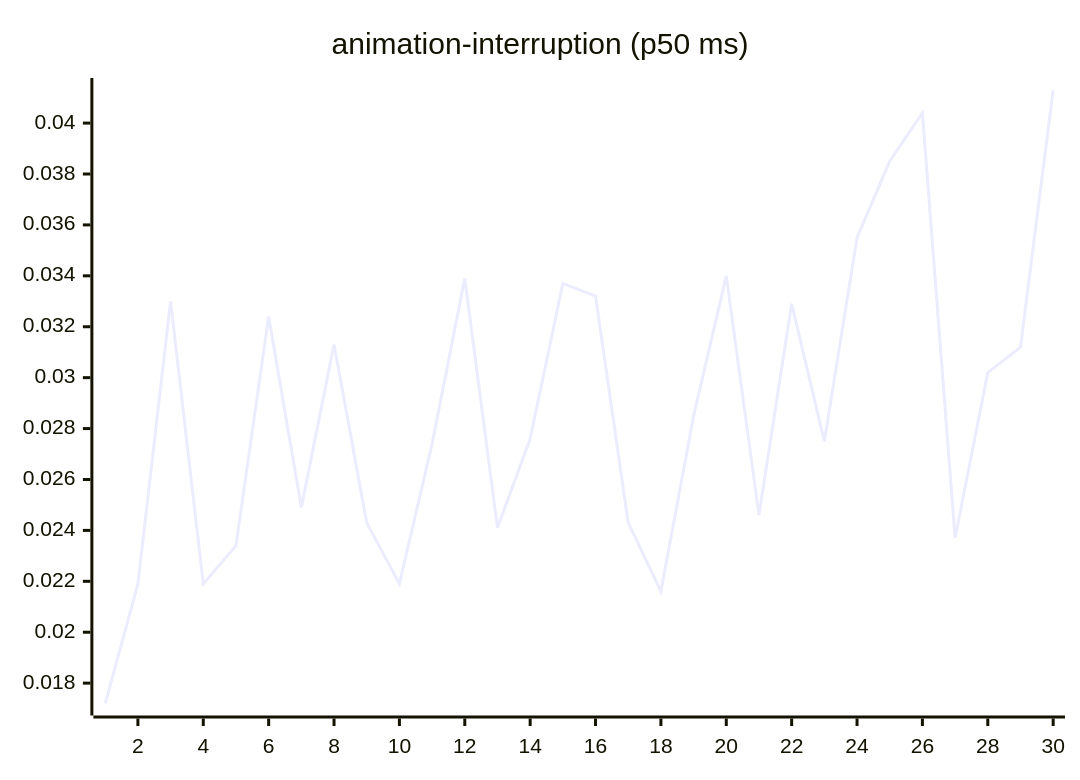
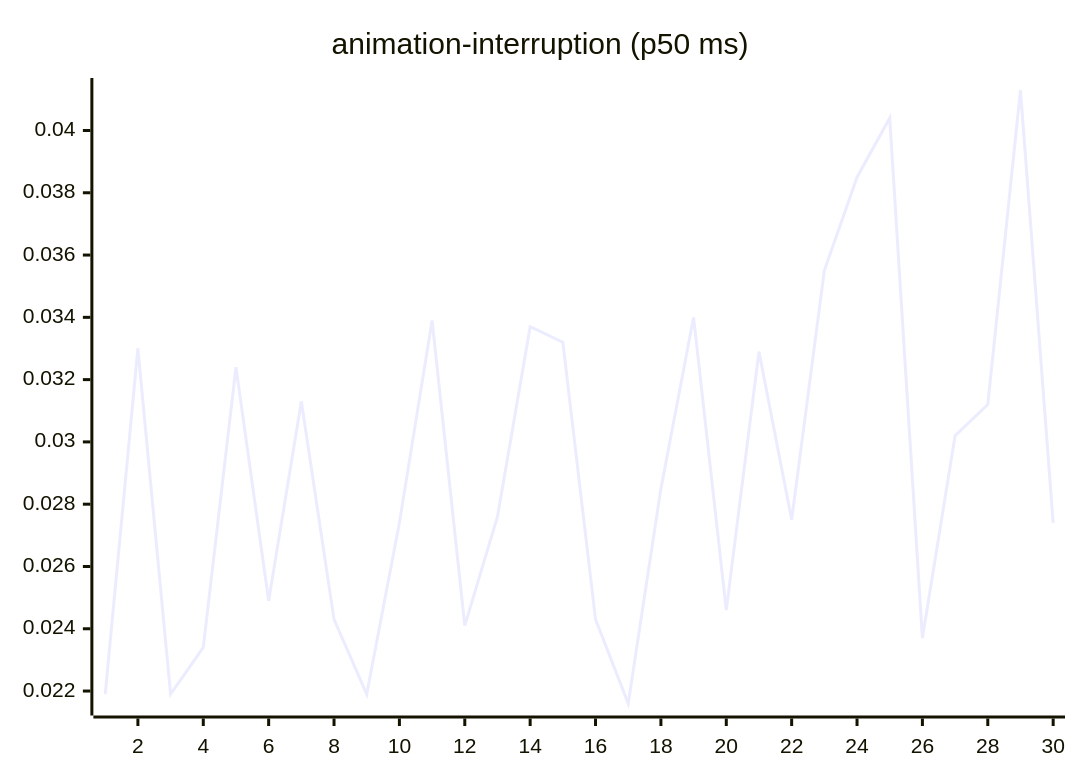
Before and after one commit to josha/Facet: the third of 27 diagrams in README.md, drawn with Mermaid. The commit also changed other lines of this file and 2 other files, not shown here.

````diff
--- a/README.md
+++ b/README.md
@@ -77,6 +77,6 @@
 ```mermaid
 xychart-beta
     title "animation-interruption (p50 ms)"
     x-axis 1 --> 30
-    line [0.0172, 0.0219, 0.0330, 0.0219, 0.0234, 0.0324, 0.0249, 0.0313, 0.0243, 0.0219, 0.0274, 0.0339, 0.0241, 0.0276, 0.0337, 0.0332, 0.0243, 0.0216, 0.0285, 0.0340, 0.0246, 0.0329, 0.0275, 0.0355, 0.0385, 0.0404, 0.0237, 0.0302, 0.0312, 0.0413]
+    line [0.0219, 0.0330, 0.0219, 0.0234, 0.0324, 0.0249, 0.0313, 0.0243, 0.0219, 0.0274, 0.0339, 0.0241, 0.0276, 0.0337, 0.0332, 0.0243, 0.0216, 0.0285, 0.0340, 0.0246, 0.0329, 0.0275, 0.0355, 0.0385, 0.0404, 0.0237, 0.0302, 0.0312, 0.0413, 0.0274]
 ```
````
